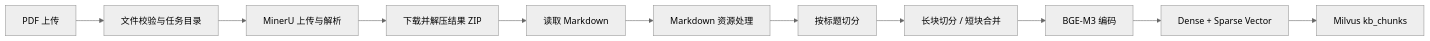
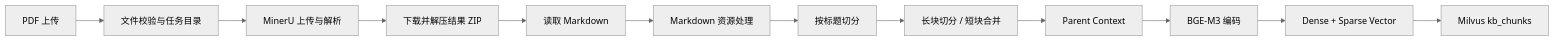
The second of 3 diagrams in README.md (bnd0530ming1204-dotcom/rag-knowledge-assistant), drawn with Mermaid (neutral theme) before and after one commit. The commit also changed other lines of this file and 5 other files, not shown here.

````diff
--- a/README.md
+++ b/README.md
@@ -134,13 +150,14 @@
 ```mermaid
 flowchart LR
     A[PDF 上传] --> B[文件校验与任务目录]
     B --> C[MinerU 上传与解析]
     C --> D[下载并解压结果 ZIP]
     D --> E[读取 Markdown]
     E --> F[Markdown 资源处理]
     F --> G[按标题切分]
     G --> H[长块切分 / 短块合并]
-    H --> I[BGE-M3 编码]
-    I --> J[Dense + Sparse Vector]
-    J --> K[Milvus kb_chunks]
+    H --> I[Parent Context]
+    I --> J[BGE-M3 编码]
+    J --> K[Dense + Sparse Vector]
+    K --> L[Milvus kb_chunks]
 ```
````
